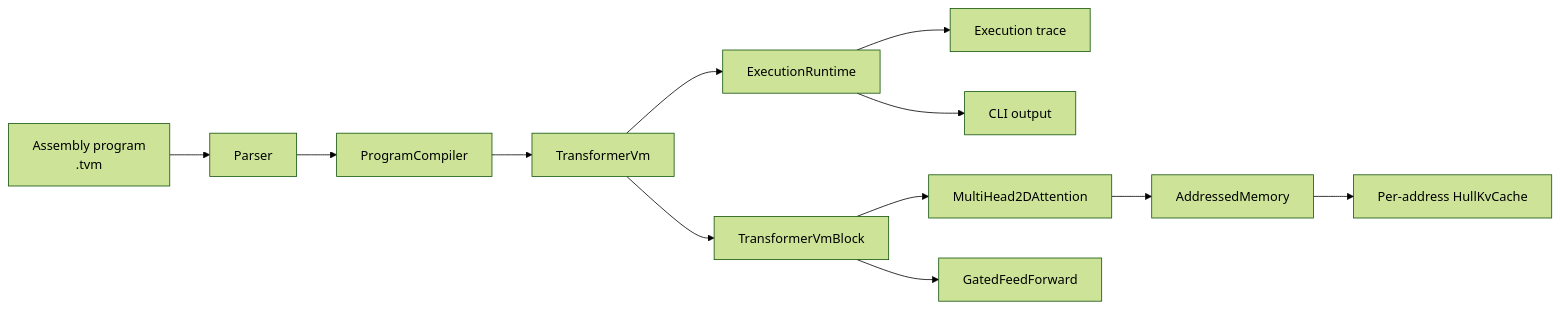
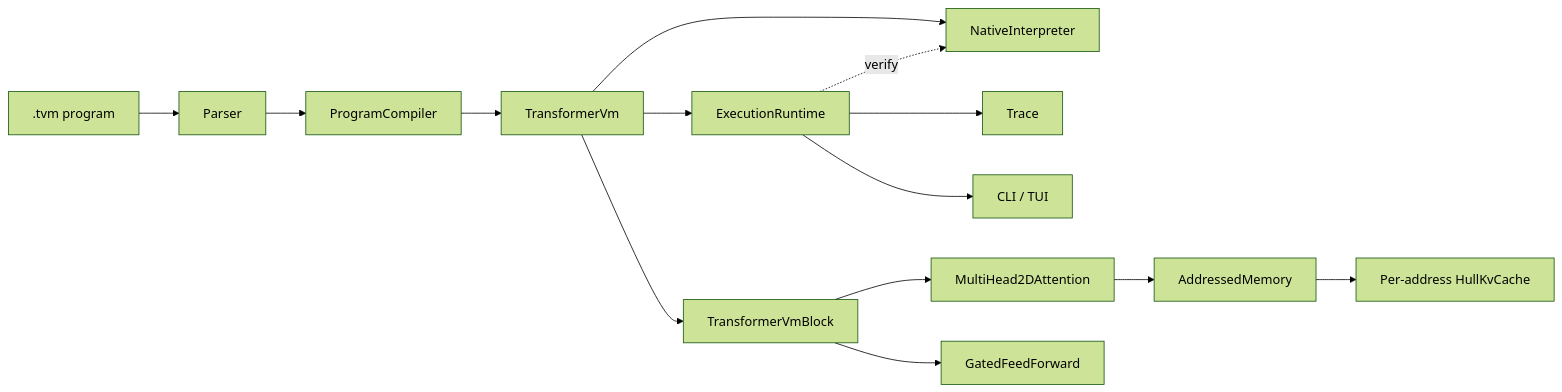
The first of 2 diagrams in README.md (omarespejel/llm-provable-computer), drawn with Mermaid (forest theme) before and after one commit. The commit also changed other lines of this file, not shown here.

````diff
--- a/README.md
+++ b/README.md
@@ -132,14 +191,16 @@
 ```mermaid
 flowchart LR
-    A[Assembly program<br/>.tvm] --> B[Parser]
+    A[.tvm program] --> B[Parser]
     B --> C[ProgramCompiler]
     C --> D[TransformerVm]
     D --> E[ExecutionRuntime]
-    E --> F[Execution trace]
-    E --> G[CLI output]
-    D --> H[TransformerVmBlock]
-    H --> I[MultiHead2DAttention]
-    H --> J[GatedFeedForward]
-    I --> K[AddressedMemory]
-    K --> L[Per-address HullKvCache]
+    D --> F[NativeInterpreter]
+    E --> G[Trace]
+    E --> H[CLI / TUI]
+    E -. verify .-> F
+    D --> I[TransformerVmBlock]
+    I --> J[MultiHead2DAttention]
+    I --> K[GatedFeedForward]
+    J --> L[AddressedMemory]
+    L --> M[Per-address HullKvCache]
 ```
````
